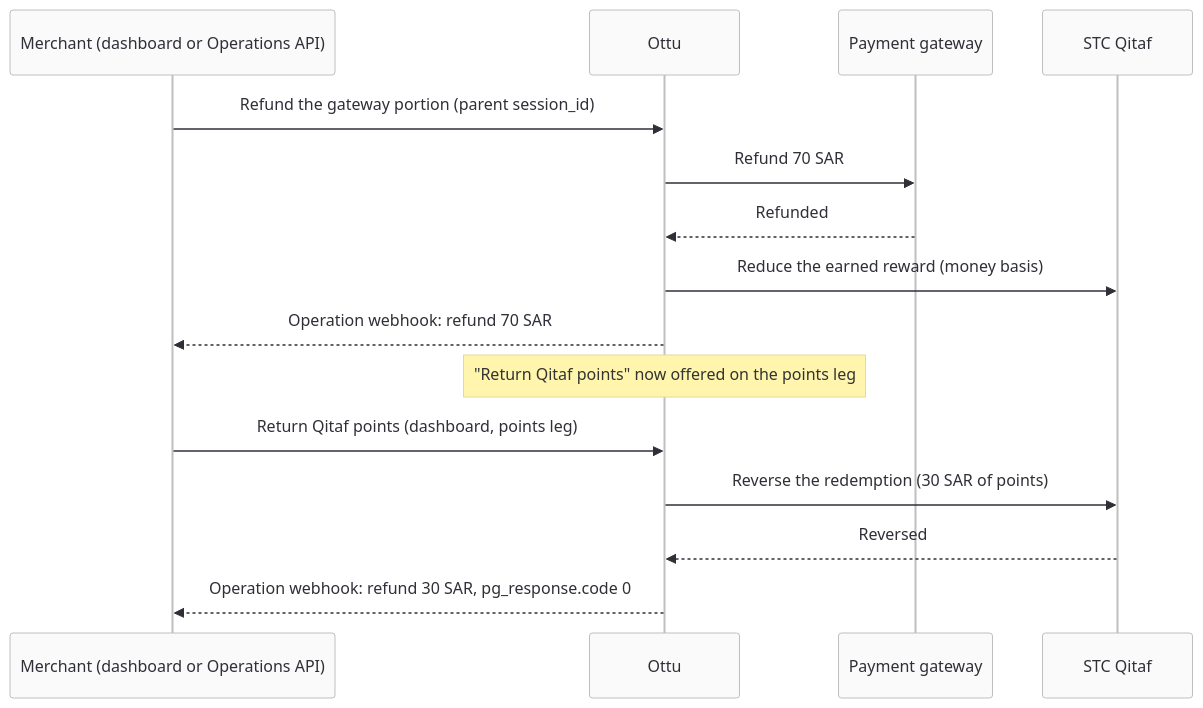
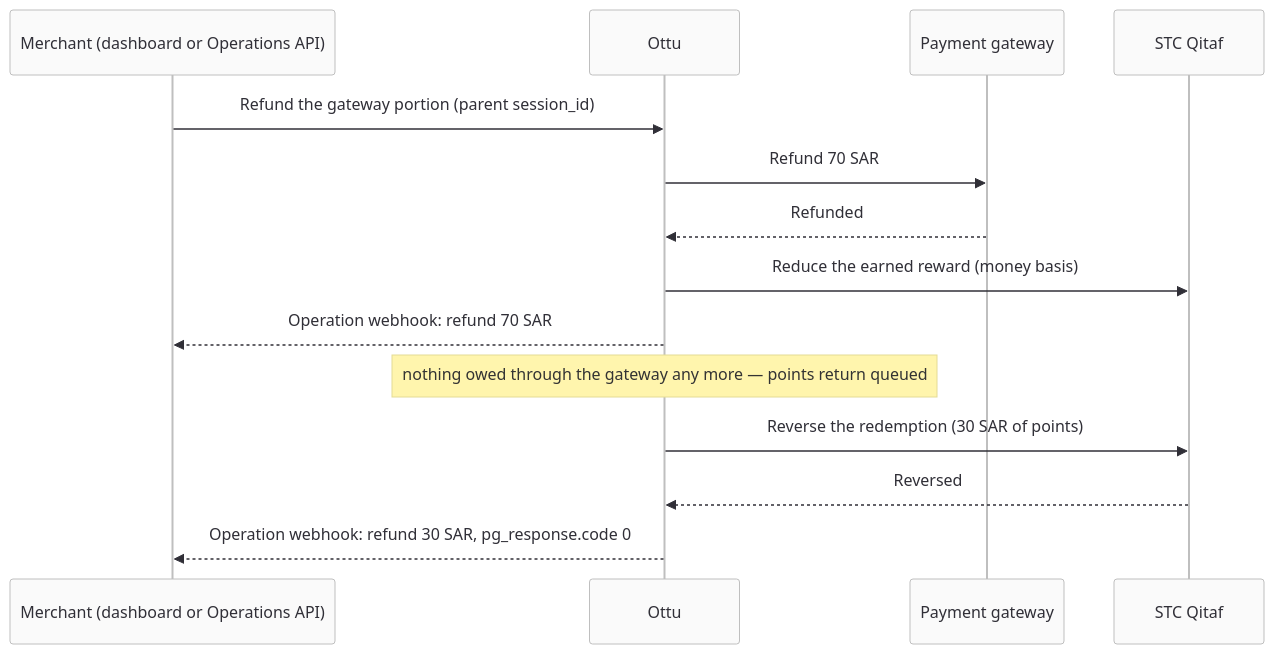
The second of 2 diagrams in docs/developers/payments/loyalty.mdx (ottuco/docs), drawn with Mermaid before and after one commit. The commit also changed other lines of this file and 1 other file, not shown here.

Commit message:
docs(payments): the redeemed Qitaf points come back automatically after the last card refund (#159647)

````diff
--- a/docs/developers/payments/loyalty.mdx
+++ b/docs/developers/payments/loyalty.mdx
@@ -307,19 +309,18 @@
 ```mermaid
 %%{init: {"theme": "base", "themeVariables": {"background": "#F4F4F4", "primaryColor": "#FAFAFA", "primaryTextColor": "#302F37", "primaryBorderColor": "#BFBFBF", "lineColor": "#302F37", "secondaryColor": "#FAFAFA", "tertiaryColor": "#FAFAFA"}}}%%
 sequenceDiagram
     participant M as Merchant (dashboard or Operations API)
     participant O as Ottu
     participant PG as Payment gateway
     participant Q as STC Qitaf
 
     M->>O: Refund the gateway portion (parent session_id)
     O->>PG: Refund 70 SAR
     PG-->>O: Refunded
     O->>Q: Reduce the earned reward (money basis)
     O-->>M: Operation webhook: refund 70 SAR
-    Note over O: "Return Qitaf points" now offered on the points leg
-    M->>O: Return Qitaf points (dashboard, points leg)
+    Note over O: nothing owed through the gateway any more — points return queued
     O->>Q: Reverse the redemption (30 SAR of points)
     Q-->>O: Reversed
     O-->>M: Operation webhook: refund 30 SAR, pg_response.code 0
 ```
````
